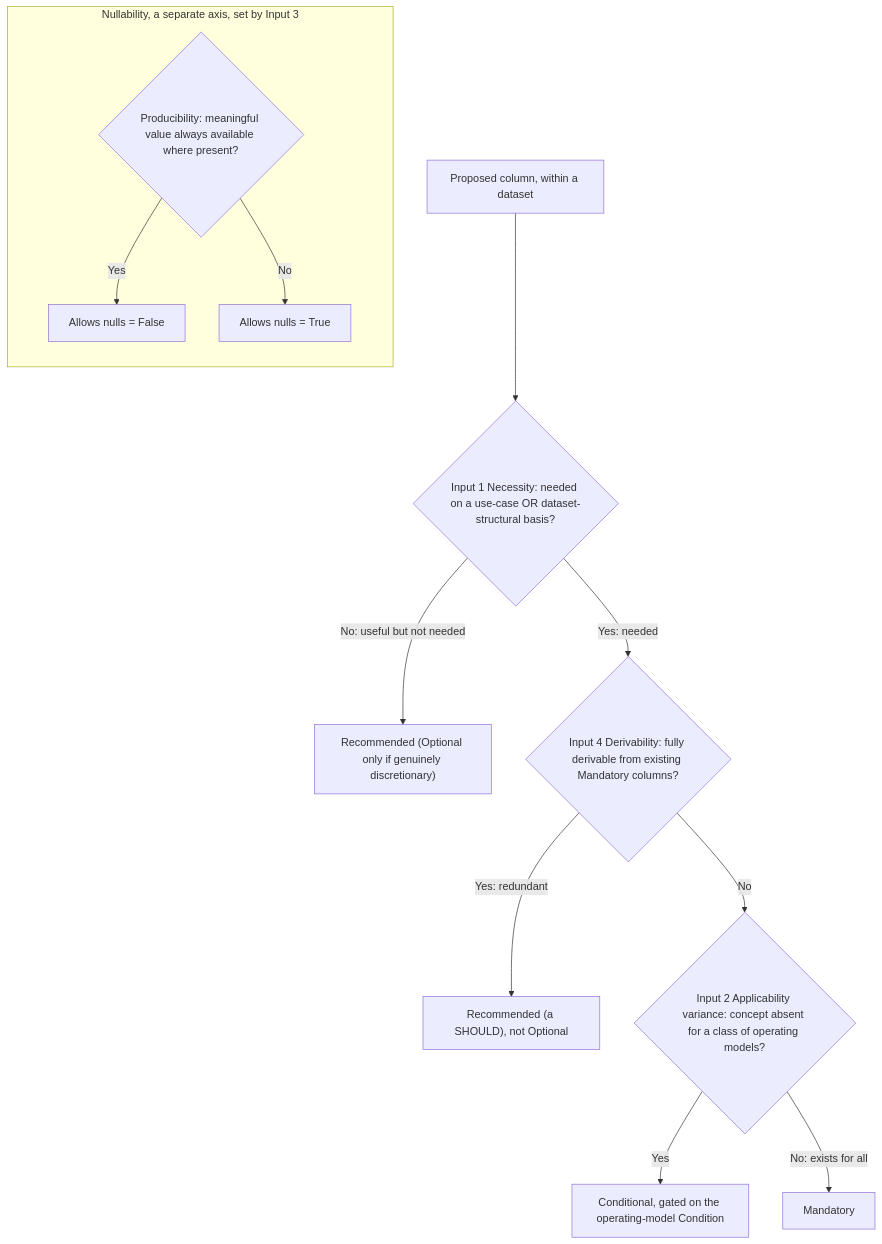
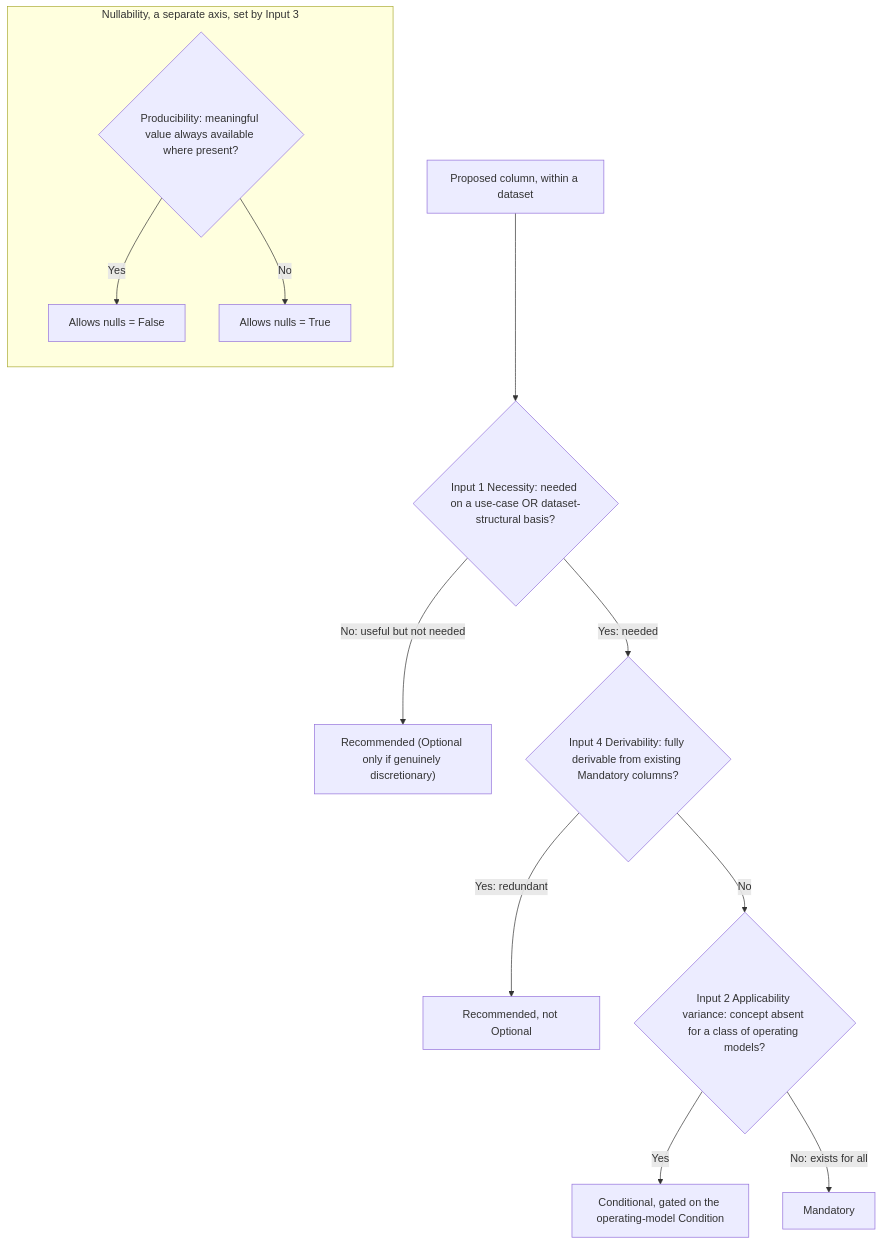
Before and after one commit to FinOps-Open-Cost-and-Usage-Spec/FOCUS_Spec: the diagram in guidelines/contributors/feature-level-rubric-guidelines.md, drawn with Mermaid. The commit also changed other lines of this file, not shown here.

````diff
--- a/guidelines/contributors/feature-level-rubric-guidelines.md
+++ b/guidelines/contributors/feature-level-rubric-guidelines.md
@@ -76,15 +78,15 @@
 ```mermaid
 flowchart TD
     A["Proposed column, within a dataset"] --> B{"Input 1 Necessity: needed on a use-case OR dataset-structural basis?"}
     B -->|"No: useful but not needed"| R["Recommended (Optional only if genuinely discretionary)"]
     B -->|"Yes: needed"| D{"Input 4 Derivability: fully derivable from existing Mandatory columns?"}
-    D -->|"Yes: redundant"| RO["Recommended (a SHOULD), not Optional"]
+    D -->|"Yes: redundant"| RO["Recommended, not Optional"]
     D -->|"No"| E{"Input 2 Applicability variance: concept absent for a class of operating models?"}
     E -->|"Yes"| CD["Conditional, gated on the operating-model Condition"]
     E -->|"No: exists for all"| M["Mandatory"]
     subgraph NUL["Nullability, a separate axis, set by Input 3"]
         direction TB
         P{"Producibility: meaningful value always available where present?"} -->|"Yes"| NF["Allows nulls = False"]
         P -->|"No"| NT["Allows nulls = True"]
     end
 ```
````
